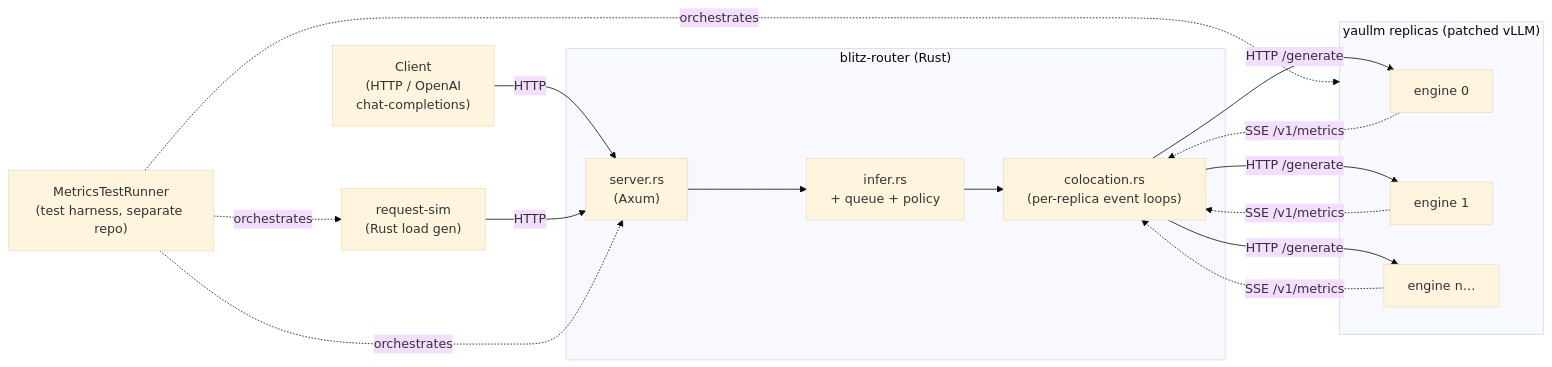
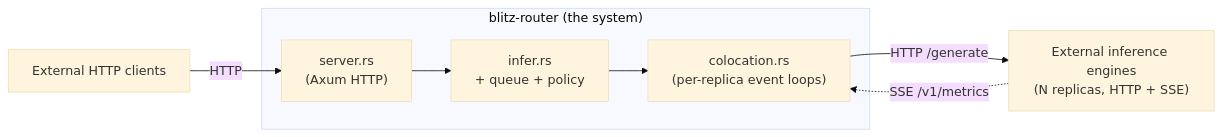
The first of 7 diagrams in docs/architecture.md (blitz-serving/blitz-router), drawn with Mermaid (base theme) before and after one commit. The commit also changed other lines of this file, not shown here.

````diff
--- a/docs/architecture.md
+++ b/docs/architecture.md
@@ -16,29 +21,15 @@
 ```mermaid
 graph LR
-    Client["Client<br/>(HTTP / OpenAI<br/>chat-completions)"]
-    Sim["request-sim<br/>(Rust load gen)"]
-    subgraph Router_Process["blitz-router (Rust)"]
-        Server["server.rs<br/>(Axum)"]
+    Cli["External HTTP clients"]
+    subgraph Router_System["blitz-router (the system)"]
+        Server["server.rs<br/>(Axum HTTP)"]
         Infer["infer.rs<br/>+ queue + policy"]
         Coloc["colocation.rs<br/>(per-replica event loops)"]
         Server --> Infer --> Coloc
     end
-    subgraph Engines["yaullm replicas (patched vLLM)"]
-        E0["engine 0"]
-        E1["engine 1"]
-        En["engine n…"]
-    end
-    Mtr["MetricsTestRunner<br/>(test harness, separate repo)"]
+    Eng["External inference engines<br/>(N replicas, HTTP + SSE)"]
 
-    Client -- HTTP --> Server
-    Sim   -- HTTP --> Server
-    Coloc -- HTTP /generate --> E0
-    Coloc -- HTTP /generate --> E1
-    Coloc -- HTTP /generate --> En
-    E0 -. SSE /v1/metrics .-> Coloc
-    E1 -. SSE /v1/metrics .-> Coloc
-    En -. SSE /v1/metrics .-> Coloc
-    Mtr -. orchestrates .-> Sim
-    Mtr -. orchestrates .-> Server
-    Mtr -. orchestrates .-> Engines
+    Cli -- HTTP --> Server
+    Coloc -- HTTP /generate --> Eng
+    Eng -. SSE /v1/metrics .-> Coloc
 ```
````
